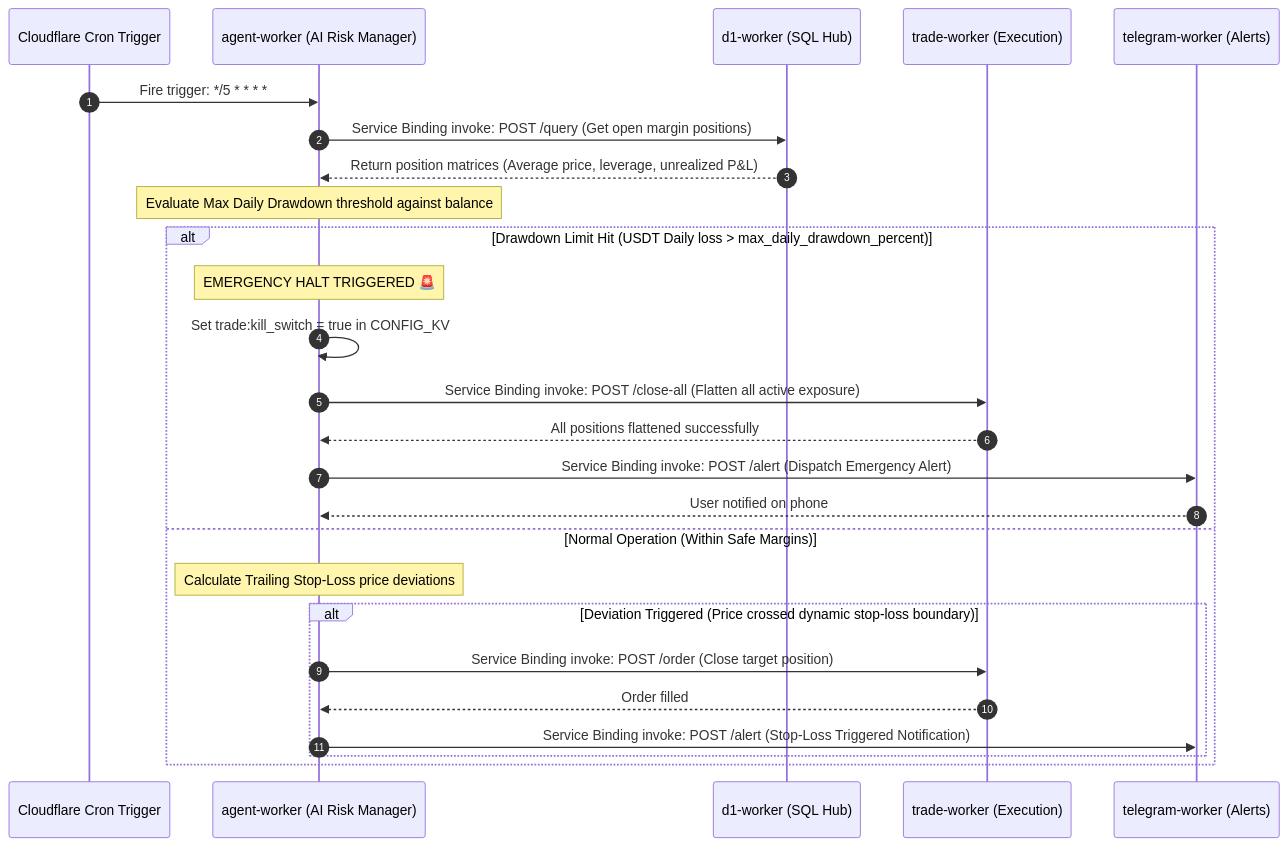
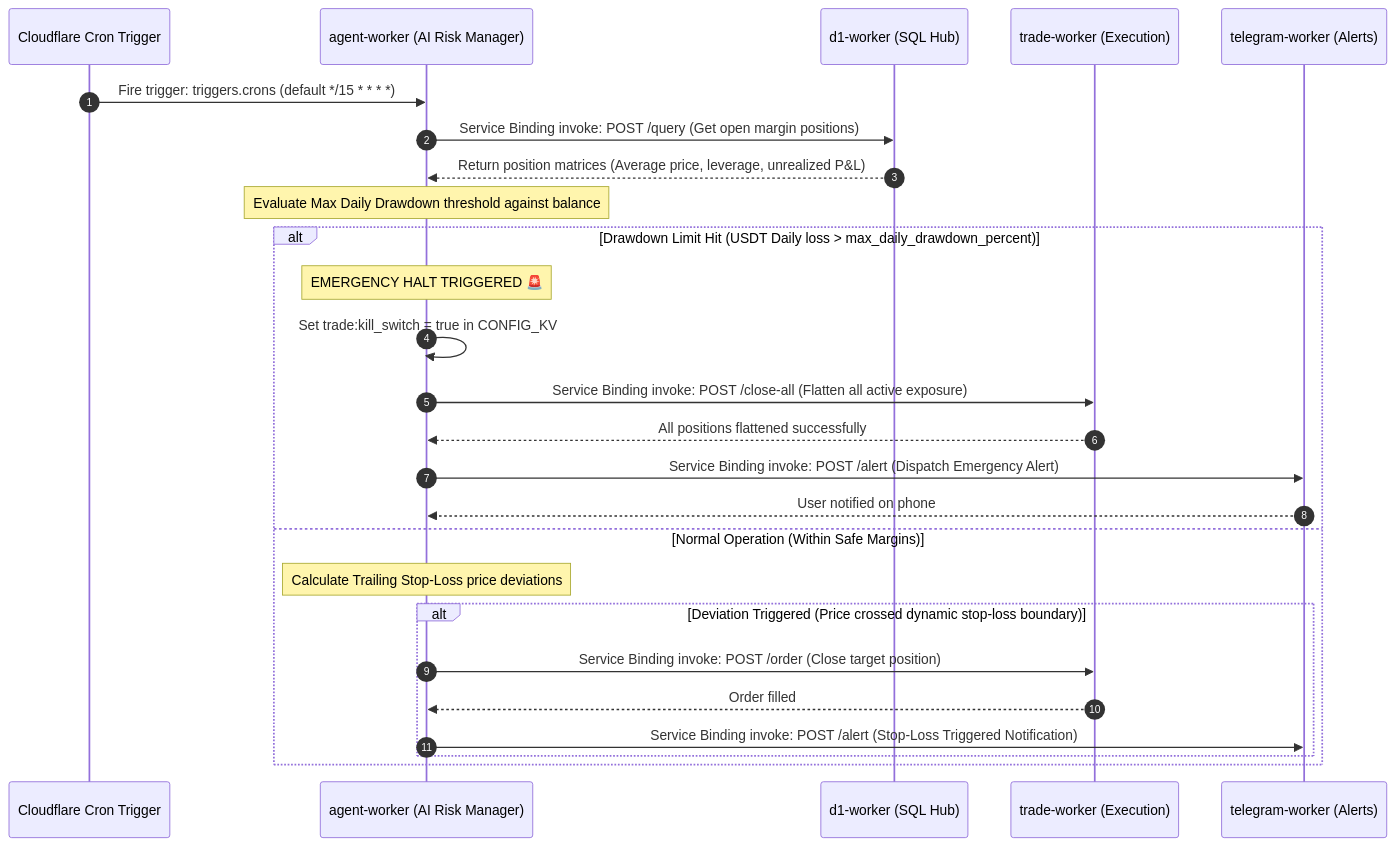
One commit to jango-blockchained/hoox changed the second of 4 diagrams in docs/devops/architecture/data-flow.mdx. Above: the diagram before and after it, drawn with Mermaid. The commit also changed other lines of this file and 38 other files, not shown here.

````diff
--- a/docs/devops/architecture/data-flow.mdx
+++ b/docs/devops/architecture/data-flow.mdx
@@ -60,29 +60,29 @@
 ```mermaid
 sequenceDiagram
     autonumber
     participant Cron as Cloudflare Cron Trigger
     participant AW as agent-worker (AI Risk Manager)
     participant D1 as d1-worker (SQL Hub)
     participant TW as trade-worker (Execution)
     participant TG as telegram-worker (Alerts)
 
-    Cron->>AW: Fire trigger: */5 * * * *
+    Cron->>AW: Fire trigger: triggers.crons (default */15 * * * *)
     AW->>D1: Service Binding invoke: POST /query (Get open margin positions)
     D1-->>AW: Return position matrices (Average price, leverage, unrealized P&L)
     Note over AW: Evaluate Max Daily Drawdown threshold against balance
     alt Drawdown Limit Hit (USDT Daily loss > max_daily_drawdown_percent)
         Note over AW: EMERGENCY HALT TRIGGERED 🚨
         AW->>AW: Set trade:kill_switch = true in CONFIG_KV
         AW->>TW: Service Binding invoke: POST /close-all (Flatten all active exposure)
         TW-->>AW: All positions flattened successfully
         AW->>TG: Service Binding invoke: POST /alert (Dispatch Emergency Alert)
         TG-->>AW: User notified on phone
     else Normal Operation (Within Safe Margins)
         Note over AW: Calculate Trailing Stop-Loss price deviations
         alt Deviation Triggered (Price crossed dynamic stop-loss boundary)
             AW->>TW: Service Binding invoke: POST /order (Close target position)
             TW-->>AW: Order filled
             AW->>TG: Service Binding invoke: POST /alert (Stop-Loss Triggered Notification)
         end
     end
 ```
````
